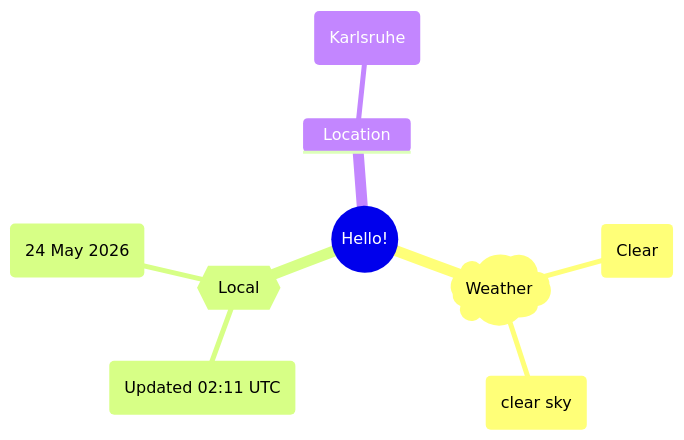
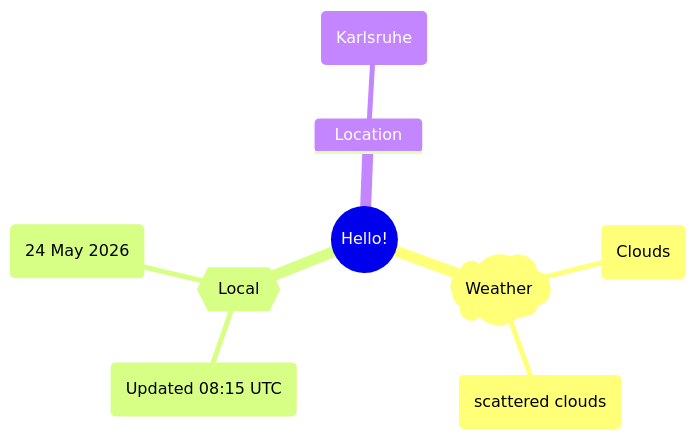
The first of 2 diagrams in README.md (Xosrov/Xosrov), drawn with Mermaid before and after one commit.

Commit message:
[bot] updated images

````diff
--- a/README.md
+++ b/README.md
@@ -3,12 +3,12 @@
 ```mermaid
 mindmap
   root((Hello!))
     )Weather(
-        (Clear)
-        (clear sky)
+        (Clouds)
+        (scattered clouds)
     {{Local}}
-        (Updated 02:11 UTC)
+        (Updated 08:15 UTC)
         (24 May 2026)
     Location
         (Karlsruhe)
 ```
````
